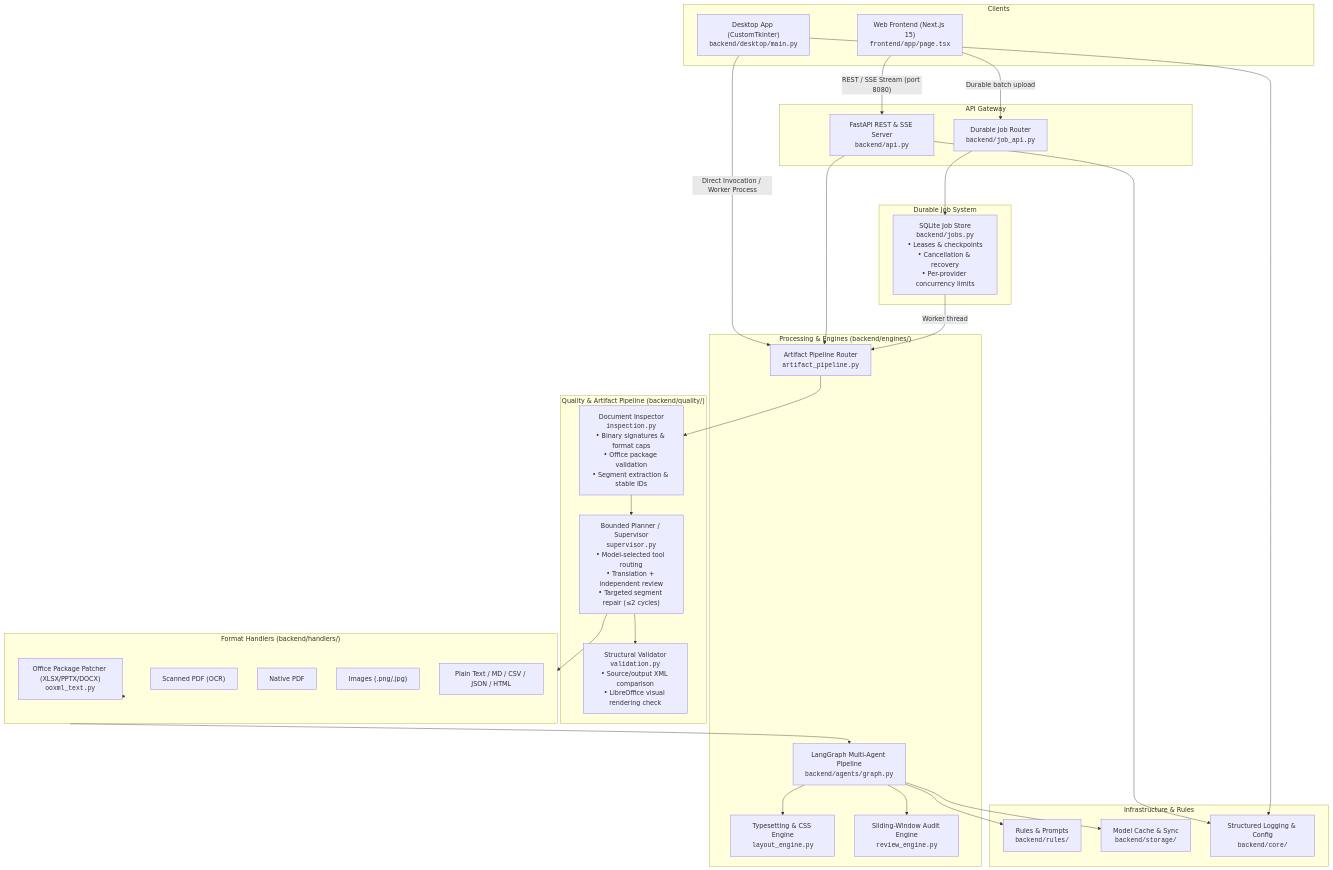
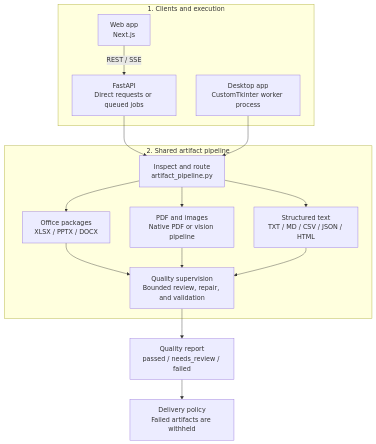
One commit to henryhyunwookim/multi-language-document-translator changed the first of 7 diagrams in README.md. Above: the diagram before and after it, drawn with Mermaid. The commit also changed other lines of this file and 8 other files, not shown here.

First line of the commit message:
feat(quality): implement multi-document adaptive feedback and consolidate docs

````diff
--- a/README.md
+++ b/README.md
@@ -54,62 +82,22 @@
 ```mermaid
 flowchart TD
-    subgraph Clients["Clients"]
-        DesktopUI["Desktop App (CustomTkinter)<br><code>backend/desktop/main.py</code>"]
-        WebUI["Web Frontend (Next.js 15)<br><code>frontend/app/page.tsx</code>"]
+    subgraph Entry["1. Clients and execution"]
+        Web["Web app<br/>Next.js"] -->|"REST / SSE"| API["FastAPI<br/>Direct requests or queued jobs"]
+        Desktop["Desktop app<br/>CustomTkinter worker process"]
     end
 
-    subgraph Gateway["API Gateway"]
-        FastAPI["FastAPI REST & SSE Server<br><code>backend/api.py</code>"]
-        JobAPI["Durable Job Router<br><code>backend/job_api.py</code>"]
+    subgraph Processing["2. Shared artifact pipeline"]
+        Router["Inspect and route<br/>artifact_pipeline.py"]
+        Office["Office packages<br/>XLSX / PPTX / DOCX"]
+        PDF["PDF and images<br/>Native PDF or vision pipeline"]
+        Text["Structured text<br/>TXT / MD / CSV / JSON / HTML"]
+        Quality["Quality supervision<br/>Bounded review, repair, and validation"]
+        Router --> Office & PDF & Text
+        Office & PDF & Text --> Quality
     end
 
-    subgraph QualityLayer["Quality & Artifact Pipeline (backend/quality/)"]
-        Inspector["Document Inspector<br><code>inspection.py</code><br>• Binary signatures & format caps<br>• Office package validation<br>• Segment extraction & stable IDs"]
-        Supervisor["Bounded Planner / Supervisor<br><code>supervisor.py</code><br>• Model-selected tool routing<br>• Translation + independent review<br>• Targeted segment repair (≤2 cycles)"]
-        Validator["Structural Validator<br><code>validation.py</code><br>• Source/output XML comparison<br>• LibreOffice visual rendering check"]
-    end
-
-    subgraph DurableJobs["Durable Job System"]
-        JobStore["SQLite Job Store<br><code>backend/jobs.py</code><br>• Leases & checkpoints<br>• Cancellation & recovery<br>• Per-provider concurrency limits"]
-    end
-
-    subgraph Pipeline["Processing & Engines (backend/engines/)"]
-        ArtifactPipeline["Artifact Pipeline Router<br><code>artifact_pipeline.py</code>"]
-        AgentPipeline["LangGraph Multi-Agent Pipeline<br><code>backend/agents/graph.py</code>"]
-        LayoutEngine["Typesetting & CSS Engine<br><code>layout_engine.py</code>"]
-        ReviewEngine["Sliding-Window Audit Engine<br><code>review_engine.py</code>"]
-    end
-
-    subgraph Handlers["Format Handlers (backend/handlers/)"]
-        OoxmlText["Office Package Patcher (XLSX/PPTX/DOCX)<br><code>ooxml_text.py</code>"]
-        PDFScanned["Scanned PDF (OCR)"]
-        PDFNative["Native PDF"]
-        ImageH["Images (.png/.jpg)"]
-        TextH["Plain Text / MD / CSV / JSON / HTML"]
-    end
-
-    subgraph Subsystems["Infrastructure & Rules"]
-        Rules["Rules & Prompts<br><code>backend/rules/</code>"]
-        Storage["Model Cache & Sync<br><code>backend/storage/</code>"]
-        Core["Structured Logging & Config<br><code>backend/core/</code>"]
-    end
-
-    DesktopUI -->|"Direct Invocation / Worker Process"| ArtifactPipeline
-    WebUI -->|"REST / SSE Stream (port 8080)"| FastAPI
-    WebUI -->|"Durable batch upload"| JobAPI
-    FastAPI --> ArtifactPipeline
-    JobAPI --> JobStore
-    JobStore -->|"Worker thread"| ArtifactPipeline
-    ArtifactPipeline --> Inspector
-    Inspector --> Supervisor
-    Supervisor --> Handlers
-    Supervisor --> Validator
-    Handlers --> OoxmlText
-    Handlers --> AgentPipeline
-    AgentPipeline --> Rules
-    AgentPipeline --> Storage
-    AgentPipeline --> LayoutEngine
-    AgentPipeline --> ReviewEngine
-    FastAPI --> Core
-    DesktopUI --> Core
+    API --> Router
+    Desktop --> Router
+    Quality --> Report["Quality report<br/>passed / needs_review / failed"]
+    Report --> Delivery["Delivery policy<br/>Failed artifacts are withheld"]
 ```
````
